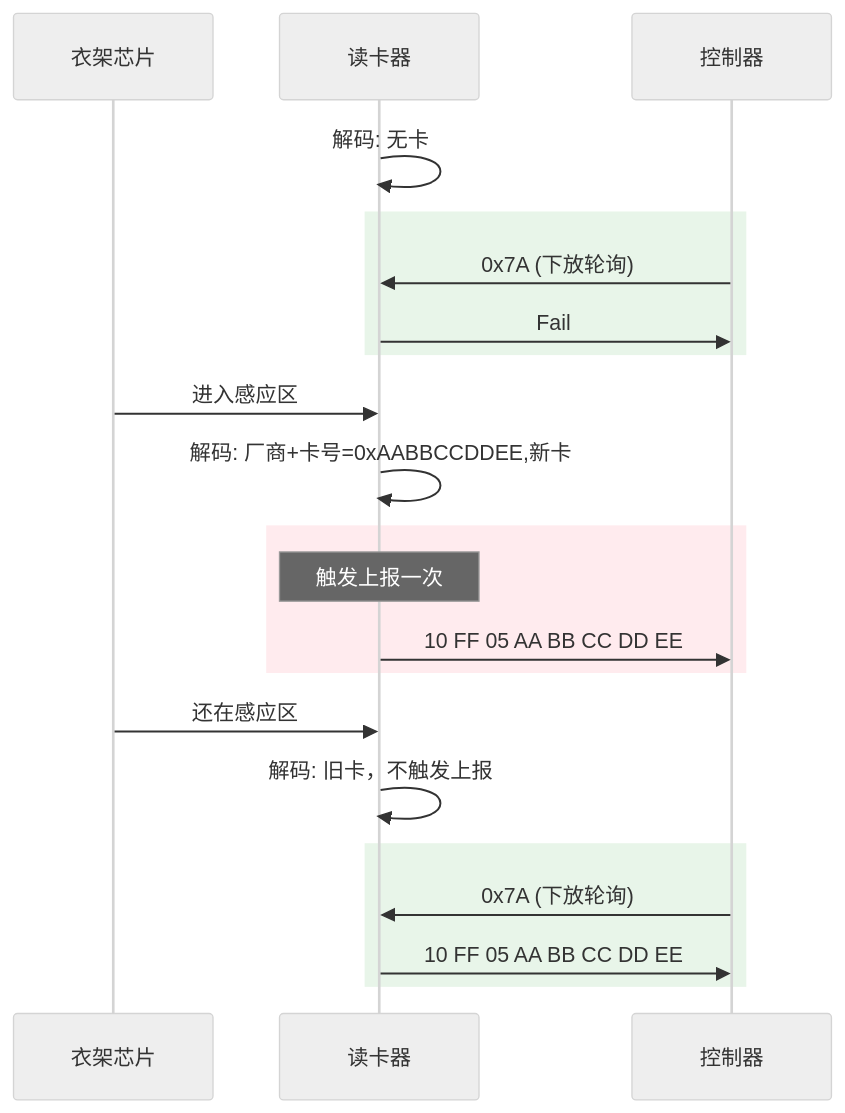
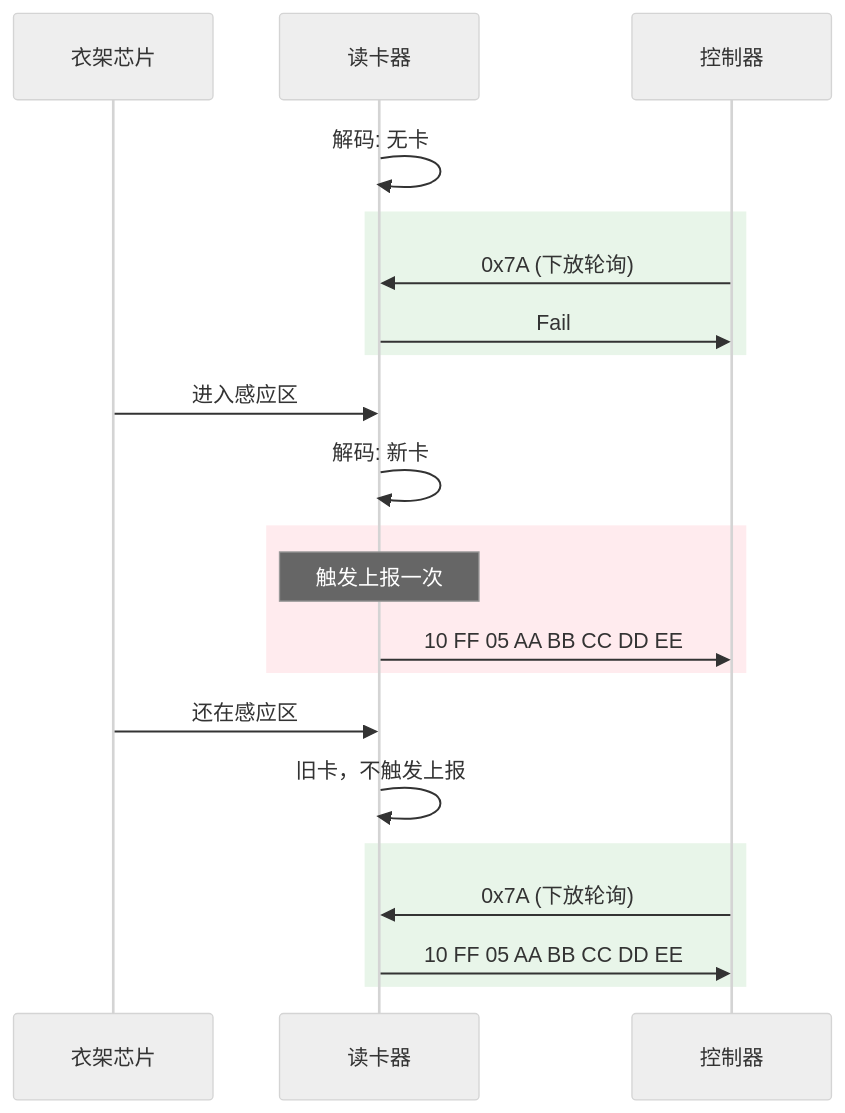
Before and after one commit to Siaiai/ObsidianNote: the third of 9 diagrams in 工作/[[SR3读卡器]]/260804SR3框架整理.md, drawn with Mermaid (neutral theme). The commit also changed other lines of this file, not shown here.

````diff
--- a/工作/[[SR3读卡器]]/260804SR3框架整理.md
+++ b/工作/[[SR3读卡器]]/260804SR3框架整理.md
@@ -212,29 +221,29 @@
 ```mermaid
 sequenceDiagram
     participant 衣架芯片
     participant 读卡器
     participant 控制器
 
     读卡器->>读卡器: 解码: 无卡
 
     rect rgb(232, 245, 233)
         控制器->>读卡器: 0x7A (下放轮询)
         读卡器->>控制器: Fail
     end
 
     衣架芯片->>读卡器: 进入感应区
-    读卡器->>读卡器: 解码: 厂商+卡号=0xAABBCCDDEE,新卡
+    读卡器->>读卡器: 解码: 新卡
 
     rect rgb(255, 235, 238)
         Note over 读卡器: 触发上报一次
         读卡器->>控制器: 10 FF 05 AA BB CC DD EE
     end
 
     衣架芯片->>读卡器: 还在感应区
-    读卡器->>读卡器: 解码: 旧卡，不触发上报
+    读卡器->>读卡器: 旧卡，不触发上报
 
     rect rgb(232, 245, 233)
         控制器->>读卡器: 0x7A (下放轮询)
         读卡器->>控制器: 10 FF 05 AA BB CC DD EE
     end
 ```
````
